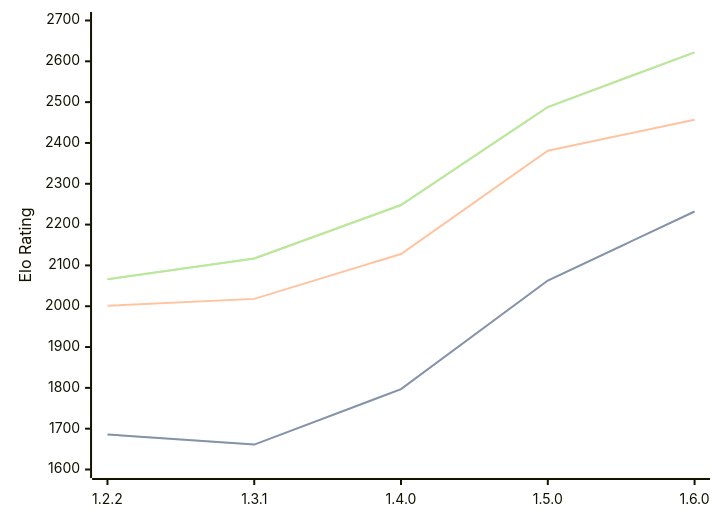
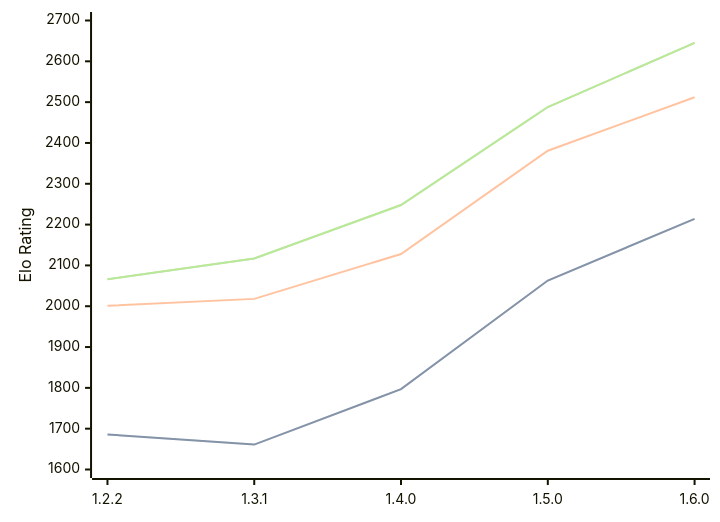
One commit to computer-chess-index/cci changed the diagram in engines/SoloEngine.md. Above: the diagram before and after it, drawn with Mermaid. The commit also changed other lines of this file, not shown here.

Commit message:
Update CCI Ratings (ELO VLTC) - 2026-03-14

````diff
--- a/engines/SoloEngine.md
+++ b/engines/SoloEngine.md
@@ -33,11 +33,11 @@
 ```mermaid
 %%{init: {"theme":"base","themeVariables":{"seriesColors:['#a3a3a3','#222221','#faa371']}}}%%
 xychart-beta
   x-axis ["1.2.2", "1.3.1", "1.4.0", "1.5.0", "1.6.0"]
   y-axis "Elo Rating" 1600 --> 2700
-  line "STC (8.0+0.08s)" [1686, 1661, 1797, 2063, 2232]
-  line "STC (8.0+0.08s)" [1686, 1661, 1797, 2063, 2232]
-  line "LTC (60.0+0.60s)" [2001, 2018, 2128, 2381, 2457]
-  line "VLTC (2m24s+1.12s)" [2066, 2117, 2248, 2488, 2622]
-  line "VLTC (2m24s+1.12s)" [2066, 2117, 2248, 2488, 2622]
+  line "STC (8.0+0.08s)" [1686, 1661, 1797, 2063, 2214]
+  line "STC (8.0+0.08s)" [1686, 1661, 1797, 2063, 2214]
+  line "LTC (60.0+0.60s)" [2001, 2018, 2128, 2381, 2512]
+  line "VLTC (2m24s+1.12s)" [2066, 2117, 2248, 2488, 2645]
+  line "VLTC (2m24s+1.12s)" [2066, 2117, 2248, 2488, 2645]
 ```
````
